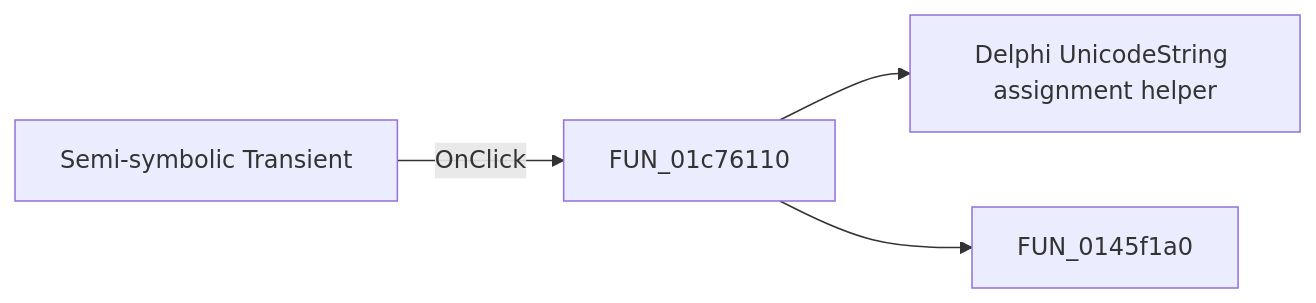
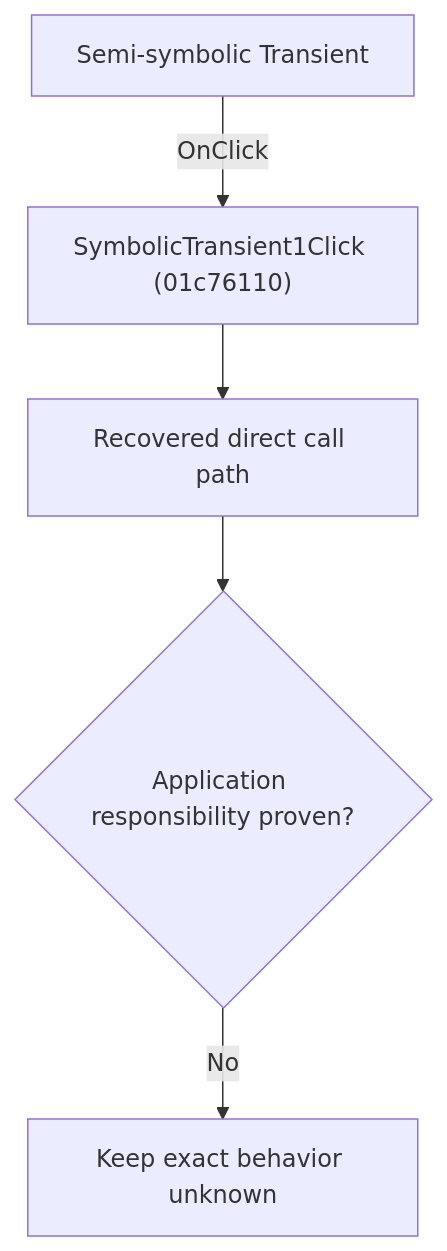
Before and after one commit to MovGP0/TIARA: the diagram in docs/ui-controls/schematiceditor/symbolictransient1-fb2532499f.md, drawn with Mermaid. The commit also changed other lines of this file and 1062 other files, not shown here.

````diff
--- a/docs/ui-controls/schematiceditor/symbolictransient1-fb2532499f.md
+++ b/docs/ui-controls/schematiceditor/symbolictransient1-fb2532499f.md
@@ -27,6 +27,7 @@
 ```mermaid
-flowchart LR
-    control["Semi-symbolic Transient"] -->|OnClick| handler["FUN_01c76110"]
-    handler --> call1["Delphi UnicodeString assignment helper"]
-    handler --> call2["FUN_0145f1a0"]
+flowchart TD
+    control["Semi-symbolic Transient"] -->|"OnClick"| handler["SymbolicTransient1Click (01c76110)"]
+    handler --> recovered["Recovered direct call path"]
+    recovered --> gap{"Application responsibility proven?"}
+    gap -->|"No"| blocked["Keep exact behavior unknown"]
 ```
````
